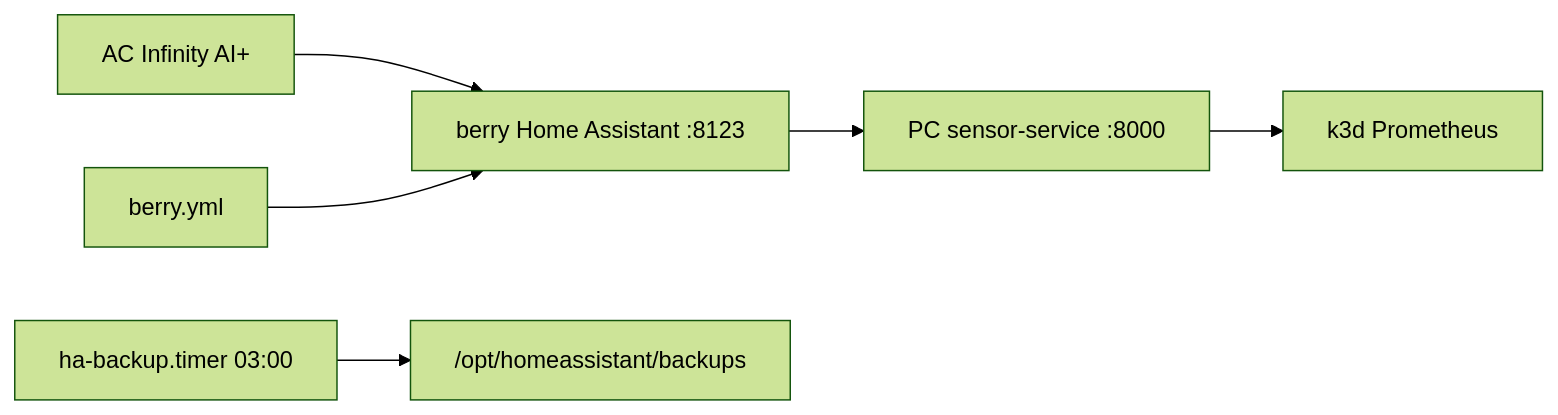
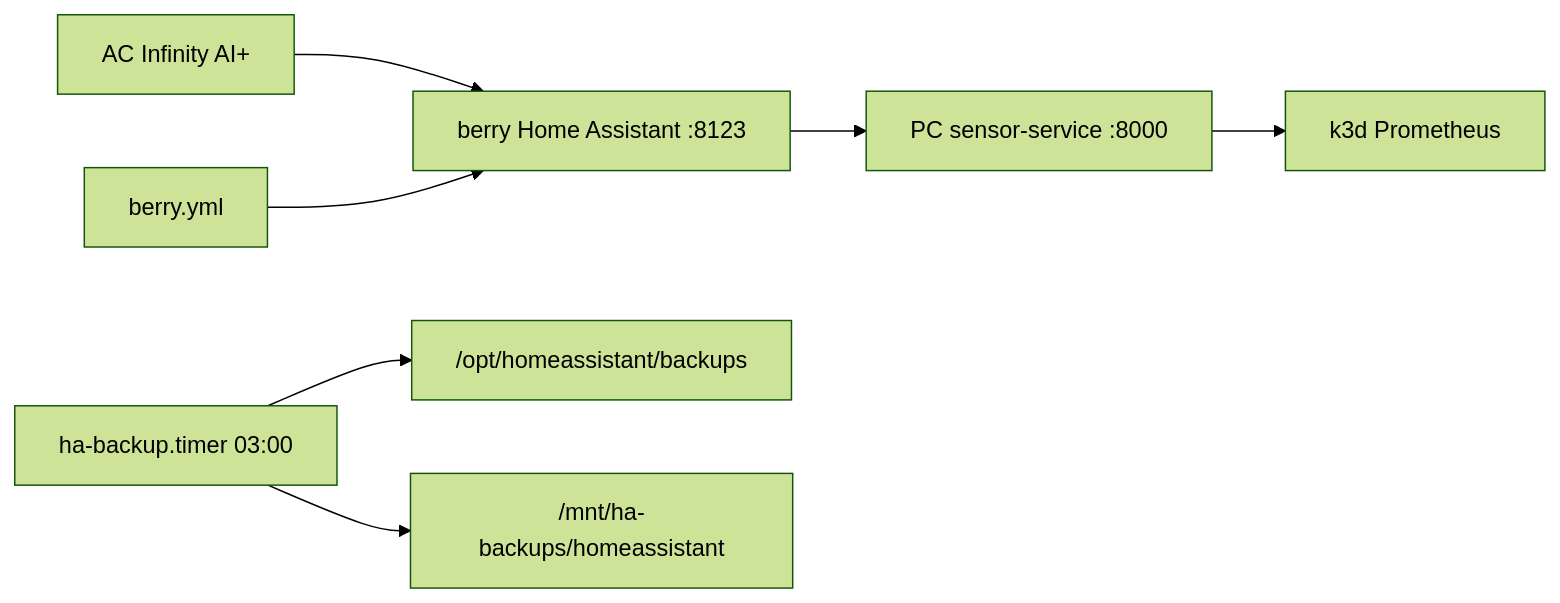
Before and after one commit to TontoBlanco/grow-room-platform: the diagram in docs/phases/phase-9-pi-edge.md, drawn with Mermaid (forest theme). The commit also changed other lines of this file and 3 other files, not shown here.

````diff
--- a/docs/phases/phase-9-pi-edge.md
+++ b/docs/phases/phase-9-pi-edge.md
@@ -35,8 +36,9 @@
 ```mermaid
 flowchart LR
   ACI["AC Infinity AI+"] --> HA["berry Home Assistant :8123"]
   HA --> CS["PC sensor-service :8000"]
   CS --> PROM["k3d Prometheus"]
   PLAY["berry.yml"] --> HA
   TIMER["ha-backup.timer 03:00"] --> TAR["/opt/homeassistant/backups"]
+  TIMER --> USB["/mnt/ha-backups/homeassistant"]
 ```
````
